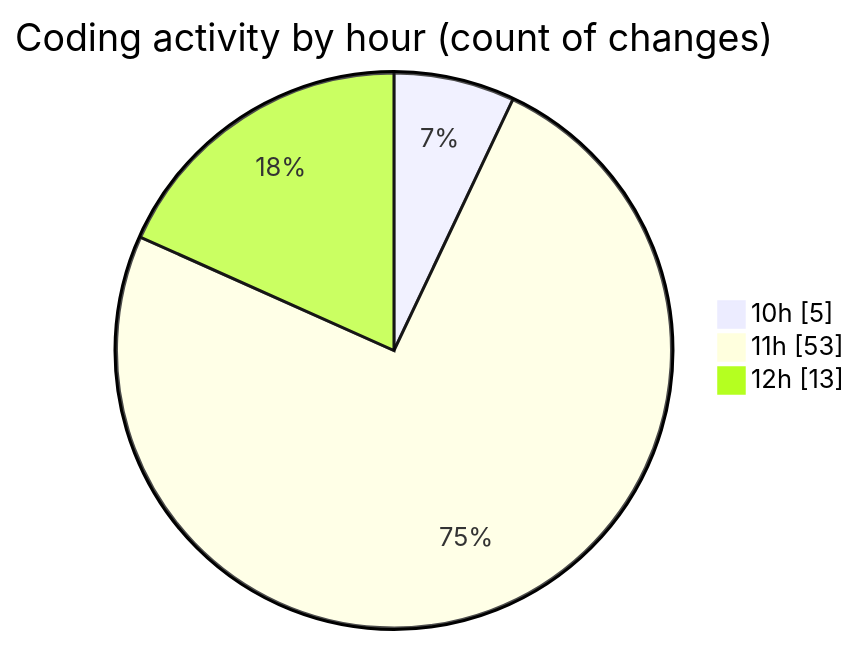
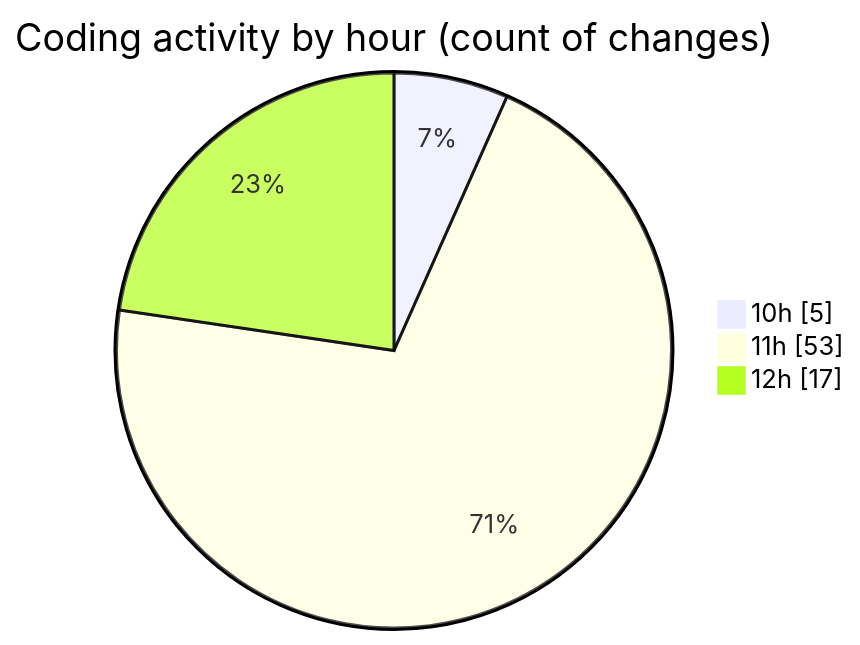
The second of 2 diagrams in 2025-06-17/cda/README.md (momahboobian/code-tracking), drawn with Mermaid before and after one commit. The commit also changed other lines of this file and 1 other file, not shown here.

````diff
--- a/2025-06-17/cda/README.md
+++ b/2025-06-17/cda/README.md
@@ -32,7 +32,7 @@
 ```mermaid
 pie showData
 title Coding activity by hour (count of changes)
 "10h" : 5
 "11h" : 53
-"12h" : 13
+"12h" : 17
 ```
````
